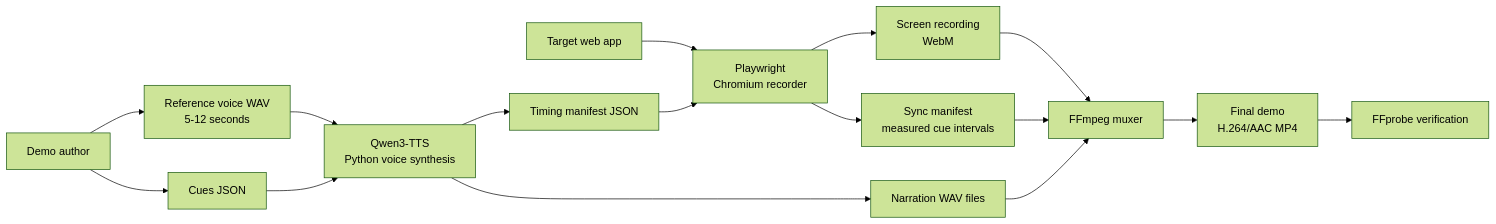
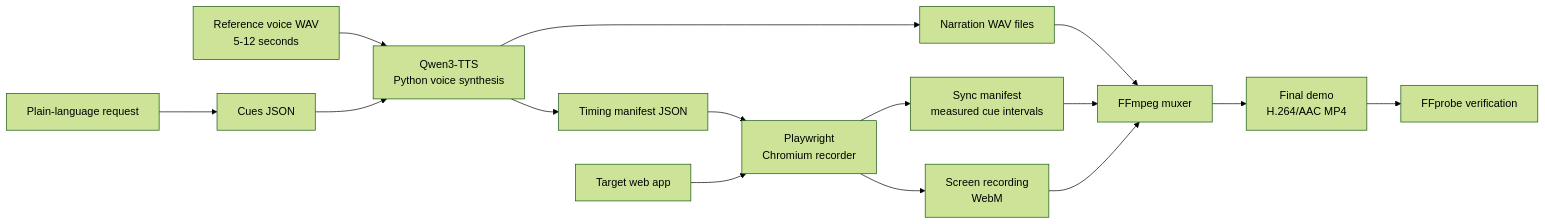
One commit to jmessiha/auto-demo changed the diagram in README.md. Above: the diagram before and after it, drawn with Mermaid (forest theme). The commit also changed other lines of this file and 2 other files, not shown here.

````diff
--- a/README.md
+++ b/README.md
@@ -194,18 +140,17 @@
 ```mermaid
 flowchart LR
-    Author[Demo author] --> Cues[Cues JSON]
-    Author --> Reference[Reference voice WAV\n5-12 seconds]
-    Target[Target web app] --> Playwright[Playwright\nChromium recorder]
-    Cues --> TTS[Qwen3-TTS\nPython voice synthesis]
-    Reference --> TTS
+    Request[Plain-language request] --> Cues[Cues JSON]
+    Voice[Reference voice WAV\n5-12 seconds] --> TTS[Qwen3-TTS\nPython voice synthesis]
+    Cues --> TTS
     TTS --> Audio[Narration WAV files]
     TTS --> Manifest[Timing manifest JSON]
-    Manifest --> Playwright
+    Manifest --> Playwright[Playwright\nChromium recorder]
+    Target[Target web app] --> Playwright
     Playwright --> Sync[Sync manifest\nmeasured cue intervals]
-    Sync --> Mux
     Playwright --> Recording[Screen recording\nWebM]
     Audio --> Mux[FFmpeg muxer]
+    Sync --> Mux
     Recording --> Mux
     Mux --> Video[Final demo\nH.264/AAC MP4]
     Video --> Verify[FFprobe verification]
 ```
````
